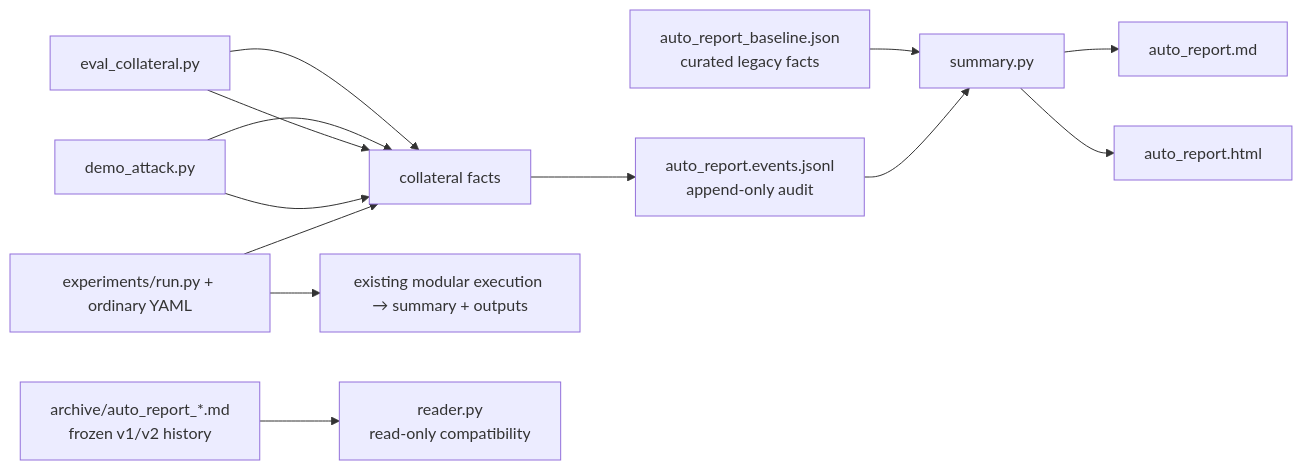
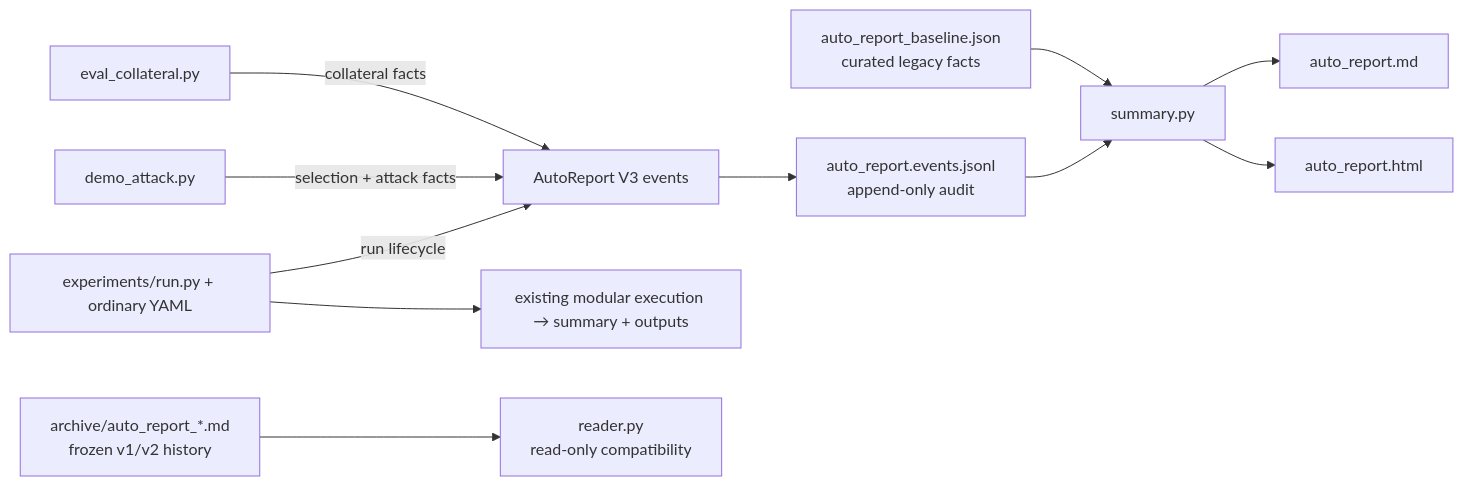
One commit to lelelelelelelelelelelelele/OpenGU changed the diagram in GULib-master/docs/auto_report_v3_DESIGN.md. Above: the diagram before and after it, drawn with Mermaid. The commit also changed 23 other files, not shown here.

Commit message:
docs(AAGU-034): present verified AutoReport repair for acceptance

````diff
--- a/GULib-master/docs/auto_report_v3_DESIGN.md
+++ b/GULib-master/docs/auto_report_v3_DESIGN.md
@@ -9,15 +9,13 @@
 ```mermaid
 flowchart LR
-    R["experiments/run.py + ordinary YAML"] --> E["run lifecycle"]
+    R["experiments/run.py + ordinary YAML"] -->|run lifecycle| E["AutoReport V3 events"]
     R --> K["existing modular execution → summary + outputs"]
-    A["demo_attack.py"] --> E
-    C["eval_collateral.py"] --> E
-    A --> E["selection + attack facts"]
-    C --> E["collateral facts"]
+    A["demo_attack.py"] -->|selection + attack facts| E
+    C["eval_collateral.py"] -->|collateral facts| E
     E --> J["auto_report.events.jsonl\nappend-only audit"]
     J --> S["summary.py"]
     B["auto_report_baseline.json\ncurated legacy facts"] --> S
     S --> M["auto_report.md"]
     S --> H["auto_report.html"]
     L["archive/auto_report_*.md\nfrozen v1/v2 history"] --> P["reader.py\nread-only compatibility"]
 ```
````
